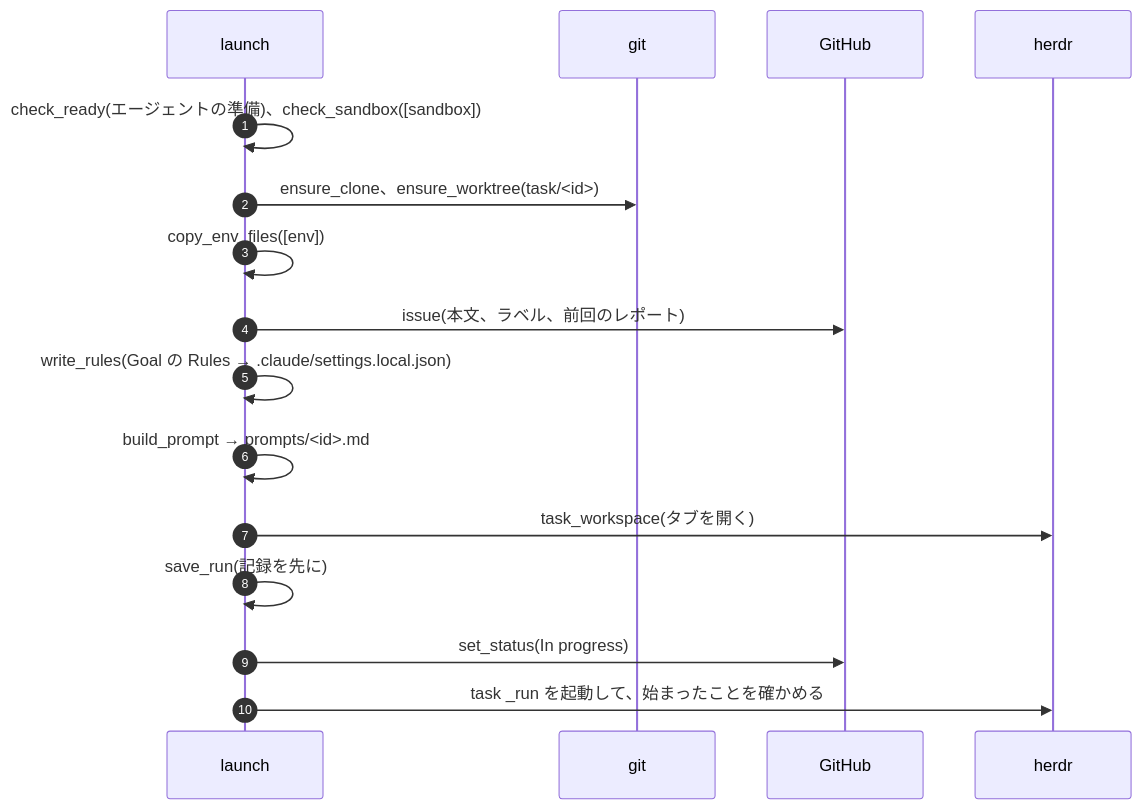
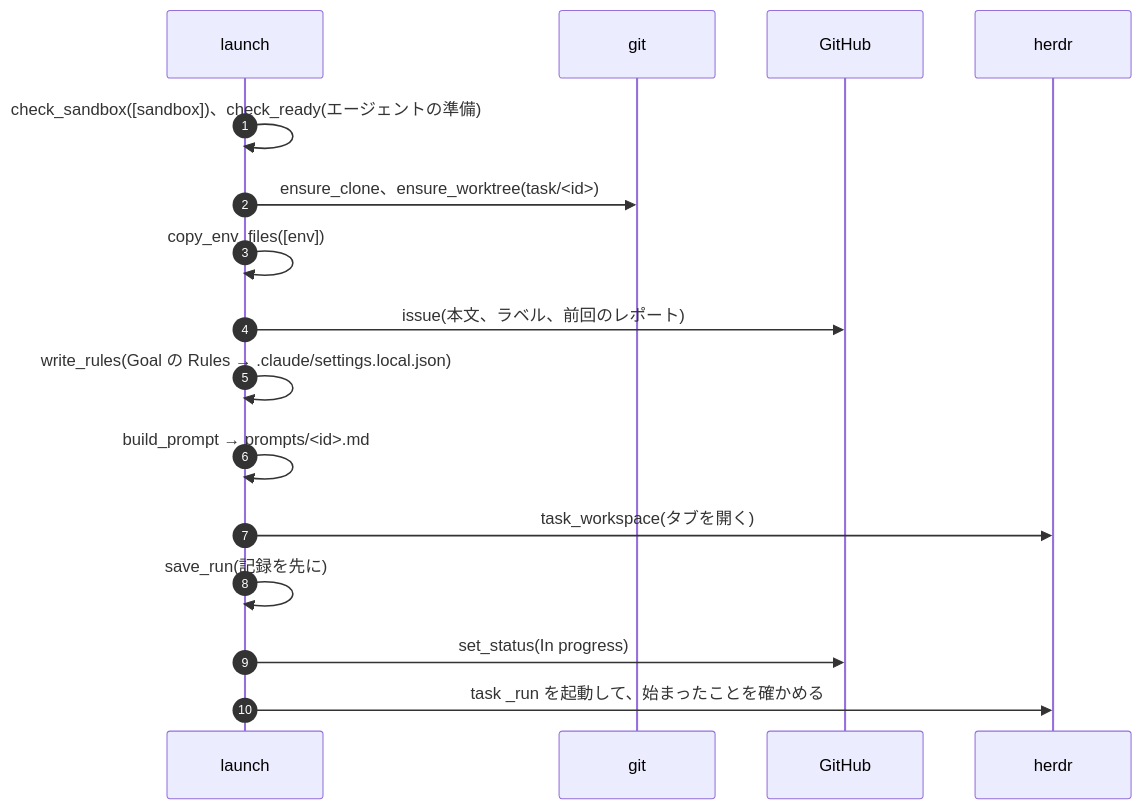
Before and after one commit to jyoka/task-hub: the fifth of 7 diagrams in docs/architecture/lld.md, drawn with Mermaid. The commit also changed other lines of this file and 7 other files, not shown here.

````diff
--- a/docs/architecture/lld.md
+++ b/docs/architecture/lld.md
@@ -187,18 +187,18 @@
 ```mermaid
 sequenceDiagram
     autonumber
     participant L as launch
     participant G as git
     participant GH as GitHub
     participant H as herdr
-    L->>L: check_ready(エージェントの準備)、check_sandbox([sandbox])
+    L->>L: check_sandbox([sandbox])、check_ready(エージェントの準備)
     L->>G: ensure_clone、ensure_worktree(task/<id>)
     L->>L: copy_env_files([env])
     L->>GH: issue(本文、ラベル、前回のレポート)
     L->>L: write_rules(Goal の Rules → .claude/settings.local.json)
     L->>L: build_prompt → prompts/<id>.md
     L->>H: task_workspace(タブを開く)
     L->>L: save_run(記録を先に)
     L->>GH: set_status(In progress)
     L->>H: task _run を起動して、始まったことを確かめる
 ```
````
